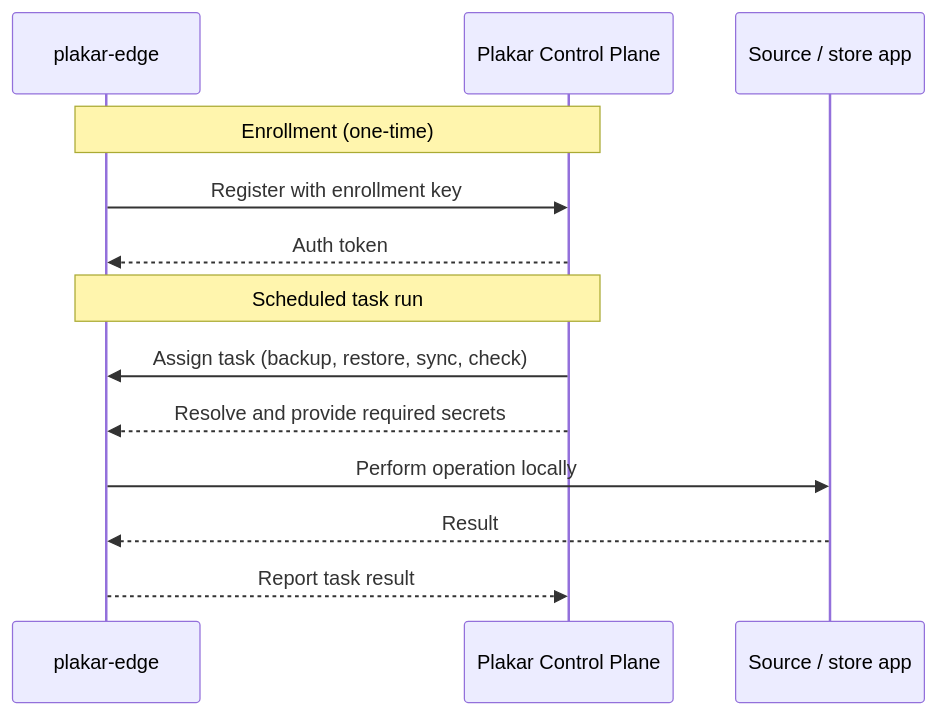
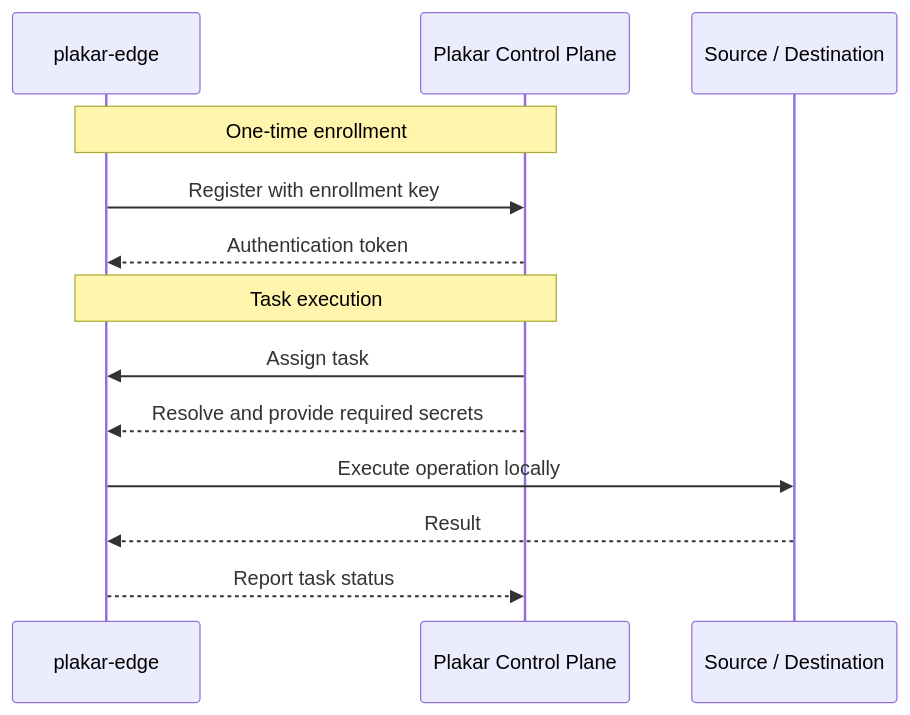
One commit to PlakarKorp/plakar.io changed the second of 2 diagrams in content/docs/control-plane/infrastructure/edges.md. Above: the diagram before and after it, drawn with Mermaid. The commit also changed other lines of this file, not shown here.

First line of the commit message:
update `plakar-edge` documentations

```diff
--- a/content/docs/control-plane/infrastructure/edges.md
+++ b/content/docs/control-plane/infrastructure/edges.md
@@ -28,17 +76,17 @@
 {{< mermaid >}}
 sequenceDiagram
   participant Edge as plakar-edge
   participant PCP as Plakar Control Plane
-  participant Target as Source / store app
+  participant Target as Source / Destination
 
-  Note over Edge,PCP: Enrollment (one-time)
+  Note over Edge,PCP: One-time enrollment
   Edge->>PCP: Register with enrollment key
-  PCP-->>Edge: Auth token
+  PCP-->>Edge: Authentication token
 
-  Note over Edge,PCP: Scheduled task run
-  PCP->>Edge: Assign task (backup, restore, sync, check)
+  Note over Edge,PCP: Task execution
+  PCP->>Edge: Assign task
   PCP-->>Edge: Resolve and provide required secrets
-  Edge->>Target: Perform operation locally
+  Edge->>Target: Execute operation locally
   Target-->>Edge: Result
-  Edge-->>PCP: Report task result
+  Edge-->>PCP: Report task status
 {{< /mermaid >}}
```
